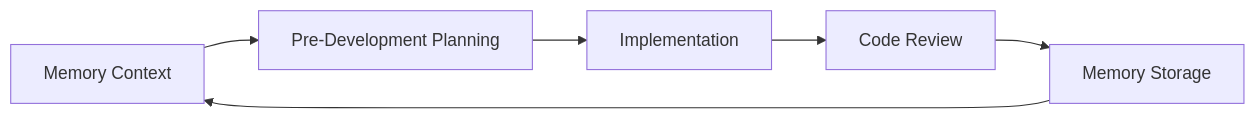
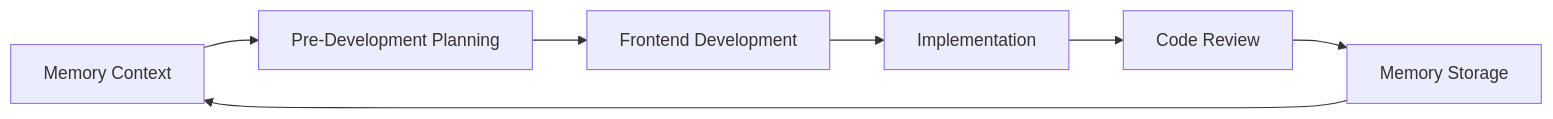
Before and after one commit to LerianStudio/ai-prompts: the diagram in README.md, drawn with Mermaid. The commit also changed other lines of this file and 34 other files, not shown here.

````diff
--- a/README.md
+++ b/README.md
@@ -56,8 +71,9 @@
 ```mermaid
 graph LR
     A[Memory Context] --> B[Pre-Development Planning]
-    B --> C[Implementation]
-    C --> D[Code Review]
-    D --> E[Memory Storage]
-    E --> A
+    B --> C[Frontend Development]
+    C --> D[Implementation]
+    D --> E[Code Review]
+    E --> F[Memory Storage]
+    F --> A
 ```
````
